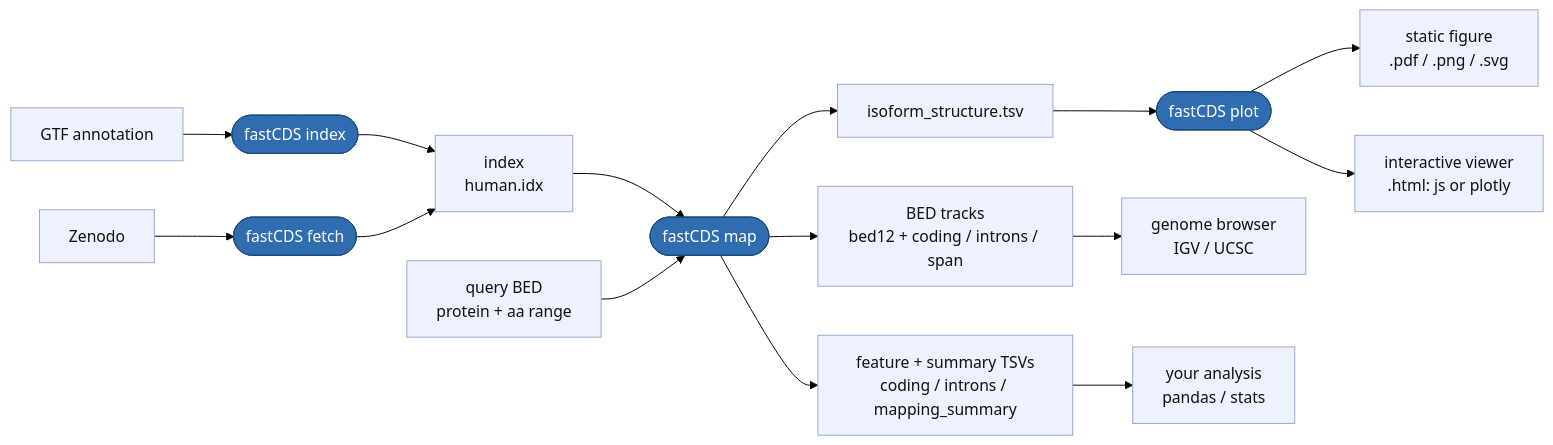
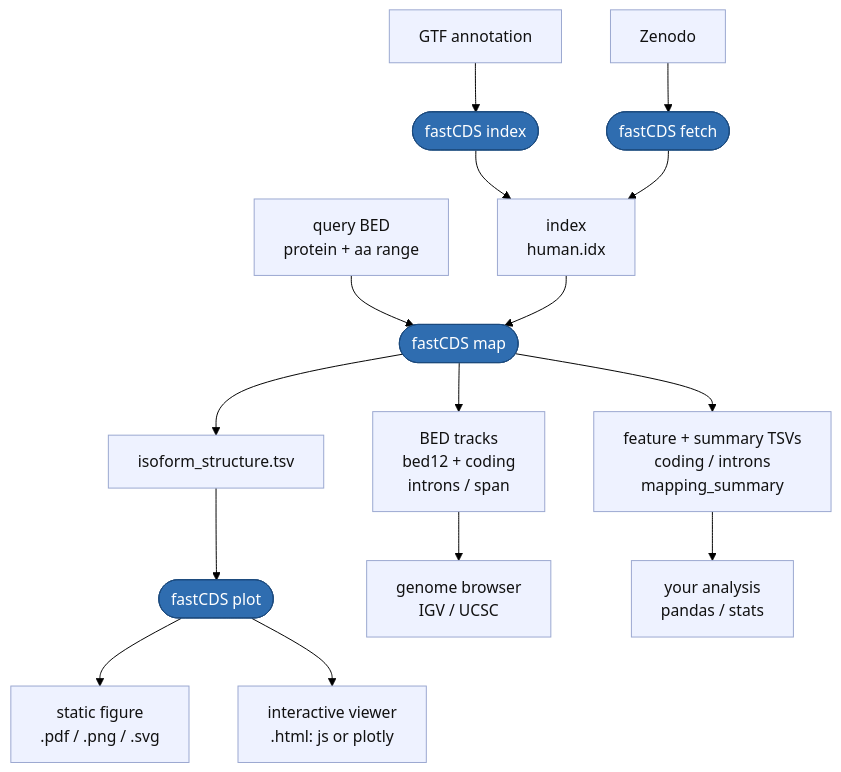
The diagram in README.md (SotoLF/fastCDS), drawn with Mermaid (forest theme) before and after one commit. The commit also changed other lines of this file and 33 other files, not shown here.

````diff
--- a/README.md
+++ b/README.md
@@ -55,22 +55,22 @@
 ```mermaid
-flowchart LR
+flowchart TB
     GTF[GTF annotation] --> INDEX([fastCDS index])
     ZEN[Zenodo] --> FETCH([fastCDS fetch])
     INDEX --> IDX[index<br/>human.idx]
     FETCH --> IDX
-    IDX --> MAP([fastCDS map])
-    BED[query BED<br/>protein + aa range] --> MAP
+    BED[query BED<br/>protein + aa range] --> MAP([fastCDS map])
+    IDX --> MAP
     MAP --> TSV[isoform_structure.tsv]
-    MAP --> BEDS[BED tracks<br/>bed12 + coding / introns / span]
-    MAP --> TAB[feature + summary TSVs<br/>coding / introns / mapping_summary]
+    MAP --> BEDS[BED tracks<br/>bed12 + coding<br/>introns / span]
+    MAP --> TAB[feature + summary TSVs<br/>coding / introns<br/>mapping_summary]
     TSV --> PLOT([fastCDS plot])
     PLOT --> STATIC[static figure<br/>.pdf / .png / .svg]
     PLOT --> INTER[interactive viewer<br/>.html: js or plotly]
     BEDS --> IGV[genome browser<br/>IGV / UCSC]
     TAB --> AN[your analysis<br/>pandas / stats]
 
     classDef cmd fill:#2f6db0,color:#ffffff,stroke:#1c4a7d,stroke-width:1px;
     classDef file fill:#eef2ff,color:#111111,stroke:#9aa7d0,stroke-width:1px;
     class INDEX,FETCH,MAP,PLOT cmd;
     class GTF,ZEN,IDX,BED,TSV,BEDS,TAB,STATIC,INTER,IGV,AN file;
 ```
````
